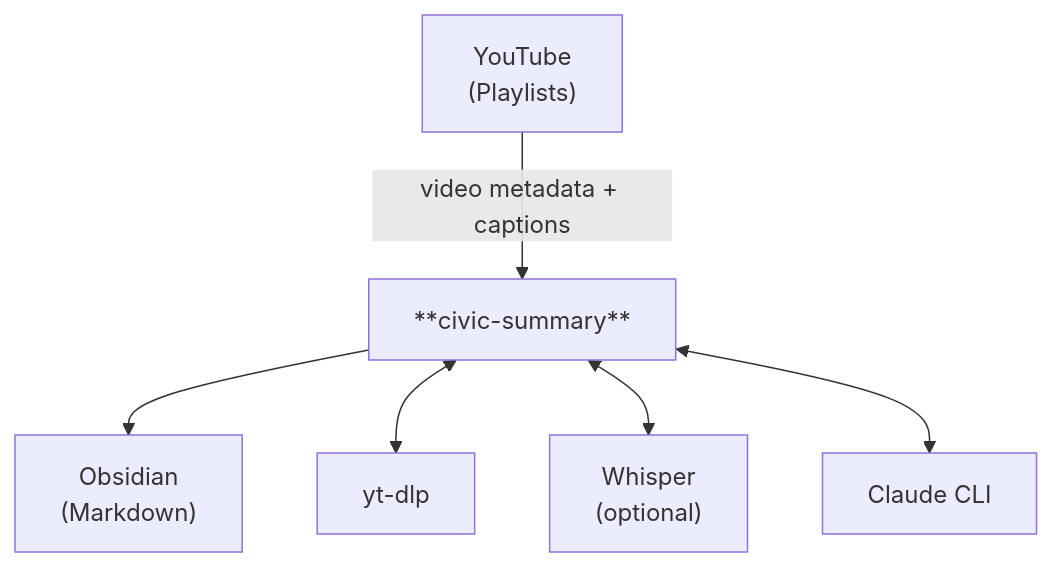
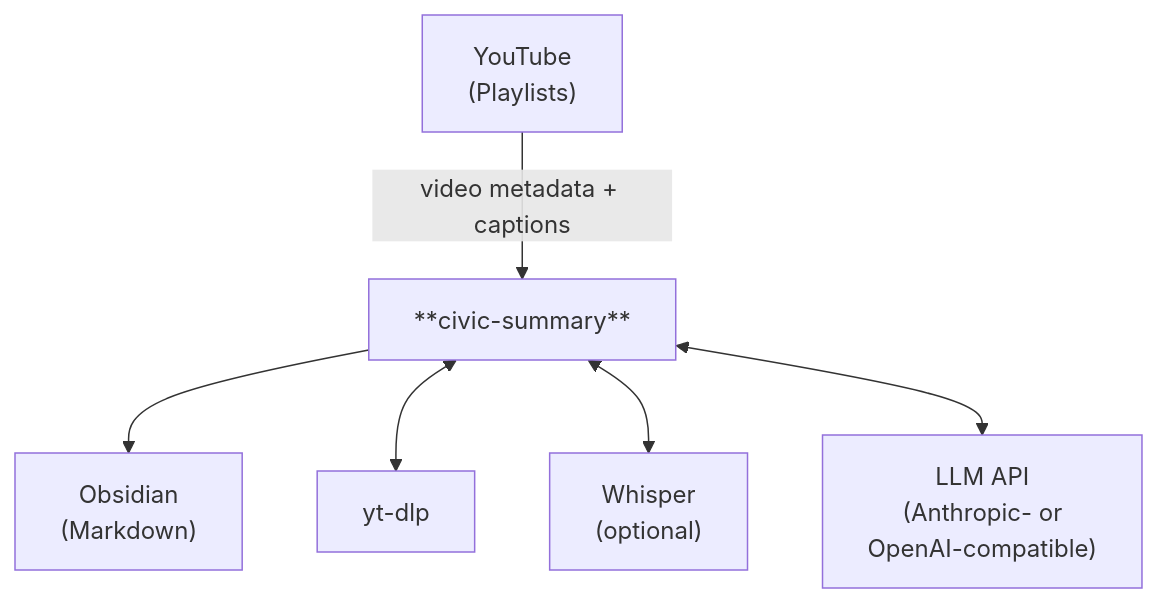
The first of 2 diagrams in docs/architecture.md (AvogadroSG1/civic-summary), drawn with Mermaid before and after one commit. The commit also changed other lines of this file and 6 other files, not shown here.

First line of the commit message:
docs: document the llm block and the upgrade from the claude CLI

````diff
--- a/docs/architecture.md
+++ b/docs/architecture.md
@@ -7,9 +7,9 @@
 ```mermaid
 flowchart TD
     YT["YouTube\n(Playlists)"] -- "video metadata + captions" --> CS
 
     CS["**civic-summary**"] --> OBS["Obsidian\n(Markdown)"]
     CS <--> YTDLP["yt-dlp"]
     CS <--> W["Whisper\n(optional)"]
-    CS <--> CL["Claude CLI"]
+    CS <--> LLM["LLM API\n(Anthropic- or\nOpenAI-compatible)"]
 ```
````
